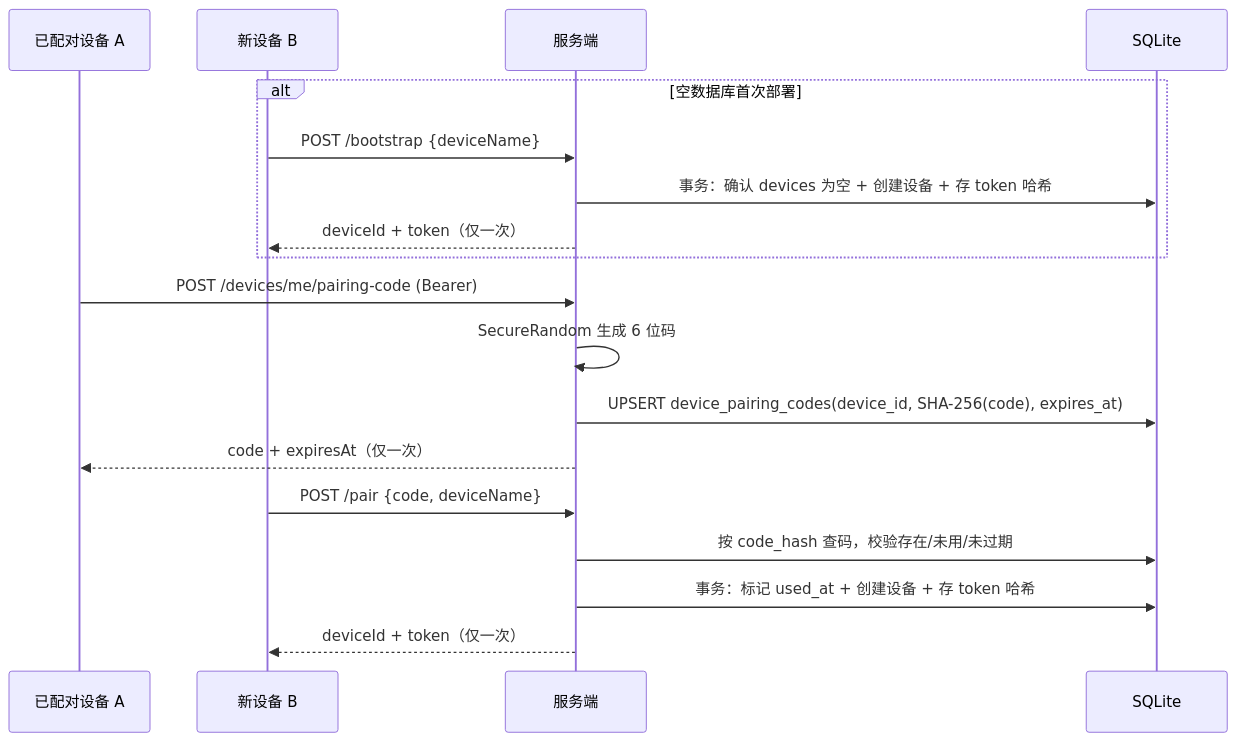
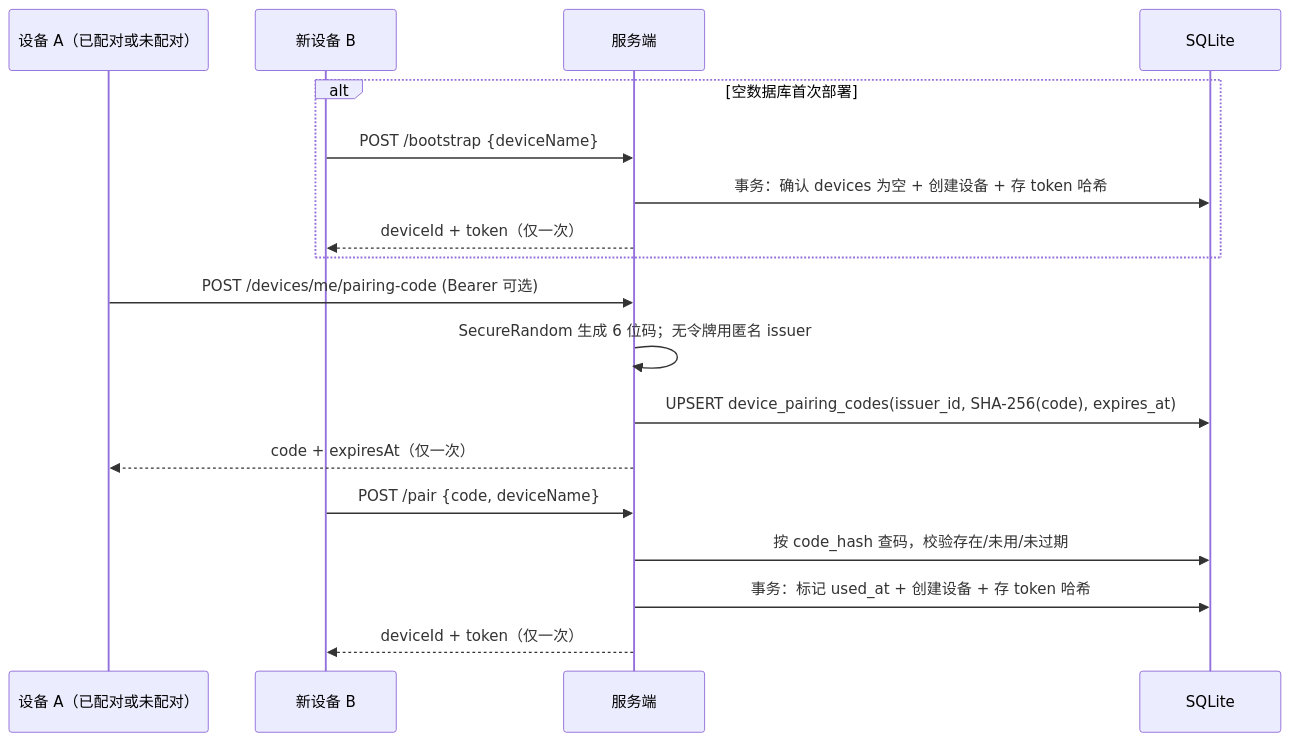
Before and after one commit to xingfengwxx/Clipbox: the third of 8 diagrams in docs/服务端技术架构.md, drawn with Mermaid. The commit also changed other lines of this file and 35 other files, not shown here.

````diff
--- a/docs/服务端技术架构.md
+++ b/docs/服务端技术架构.md
@@ -650,21 +673,21 @@
 ```mermaid
 sequenceDiagram
-    participant A as 已配对设备 A
+    participant A as 设备 A（已配对或未配对）
     participant C as 新设备 B
     participant S as 服务端
     participant DB as SQLite
 
     alt 空数据库首次部署
         C->>S: POST /bootstrap {deviceName}
         S->>DB: 事务：确认 devices 为空 + 创建设备 + 存 token 哈希
         S-->>C: deviceId + token（仅一次）
     end
-    A->>S: POST /devices/me/pairing-code (Bearer)
-    S->>S: SecureRandom 生成 6 位码
-    S->>DB: UPSERT device_pairing_codes(device_id, SHA-256(code), expires_at)
+    A->>S: POST /devices/me/pairing-code (Bearer 可选)
+    S->>S: SecureRandom 生成 6 位码；无令牌用匿名 issuer
+    S->>DB: UPSERT device_pairing_codes(issuer_id, SHA-256(code), expires_at)
     S-->>A: code + expiresAt（仅一次）
     C->>S: POST /pair {code, deviceName}
     S->>DB: 按 code_hash 查码，校验存在/未用/未过期
     S->>DB: 事务：标记 used_at + 创建设备 + 存 token 哈希
     S-->>C: deviceId + token（仅一次）
 ```
````
